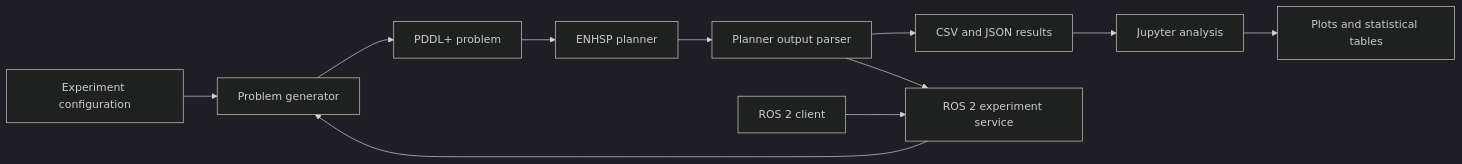
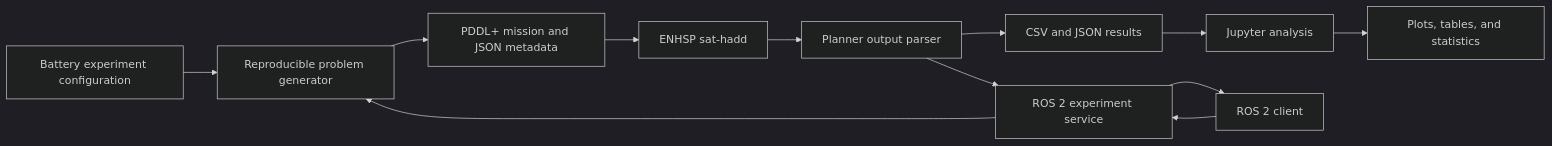
Before and after one commit to egjinaj/planetary-rover-experimental-study: the diagram in README.md, drawn with Mermaid (dark theme). The commit also changed other lines of this file, not shown here.

Commit message:
Update README for final battery experiment

````diff
--- a/README.md
+++ b/README.md
@@ -112,14 +199,15 @@
 ```mermaid
 flowchart LR
-    A[Experiment configuration] --> B[Problem generator]
-    B --> C[PDDL+ problem]
-    C --> D[ENHSP planner]
+    A[Battery experiment configuration] --> B[Reproducible problem generator]
+    B --> C[PDDL+ mission and JSON metadata]
+    C --> D[ENHSP sat-hadd]
     D --> E[Planner output parser]
     E --> F[CSV and JSON results]
     F --> G[Jupyter analysis]
-    G --> H[Plots and statistical tables]
+    G --> H[Plots, tables, and statistics]
 
     I[ROS 2 client] --> J[ROS 2 experiment service]
     J --> B
     E --> J
+    J --> I
 ```
````
